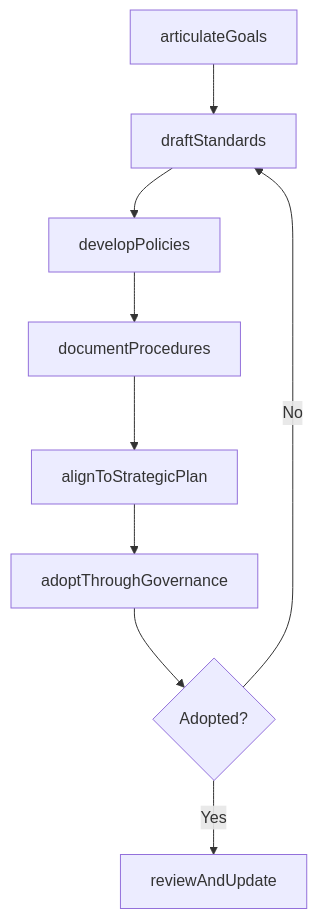
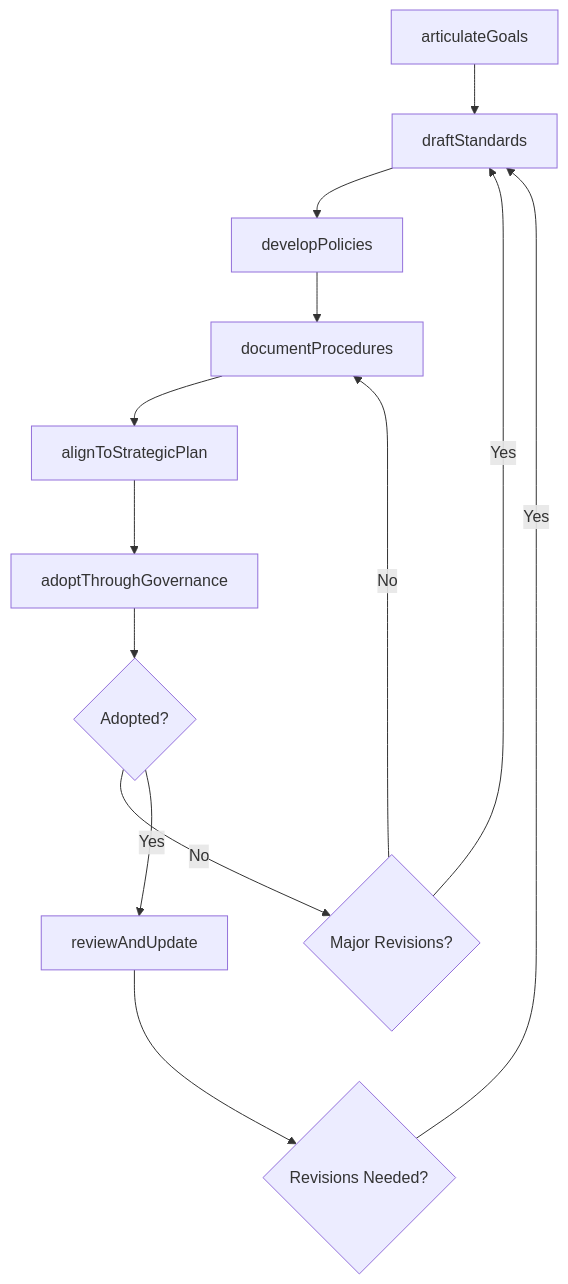
The third of 4 diagrams in ThinkingCreatively/DevelopEducationalProgramsPlansOrProcedures/DevelopEducationalGoalsStandardsPolicies.mdx (dot-org-ai/tasks.org.ai), drawn with Mermaid before and after one commit. The commit also changed other lines of this file and 504 other files, not shown here.

First line of the commit message:
feat: Add ER diagrams, state diagrams, and workflow improvements to 96 DWA task files

````diff
--- a/ThinkingCreatively/DevelopEducationalProgramsPlansOrProcedures/DevelopEducationalGoalsStandardsPolicies.mdx
+++ b/ThinkingCreatively/DevelopEducationalProgramsPlansOrProcedures/DevelopEducationalGoalsStandardsPolicies.mdx
@@ -86,11 +115,15 @@
 ```mermaid
 graph TD
     A[articulateGoals] --> B[draftStandards]
     B --> C[developPolicies]
     C --> D[documentProcedures]
     D --> E[alignToStrategicPlan]
     E --> F[adoptThroughGovernance]
     F --> G{Adopted?}
-    G -->|No| B
-    G -->|Yes| H[reviewAndUpdate]
+    G -->|No| H{Major Revisions?}
+    H -->|Yes| B
+    H -->|No| D
+    G -->|Yes| I[reviewAndUpdate]
+    I --> J{Revisions Needed?}
+    J -->|Yes| B
 ```
````
